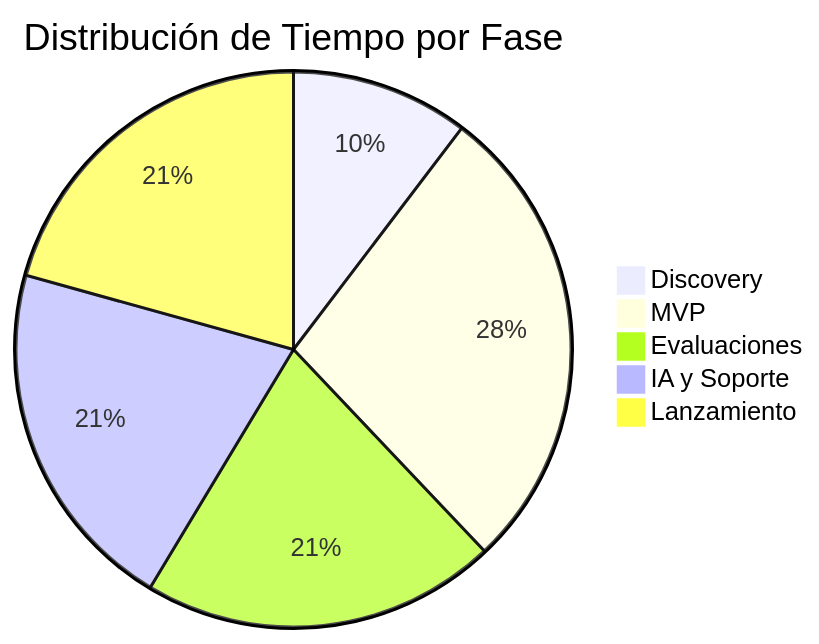
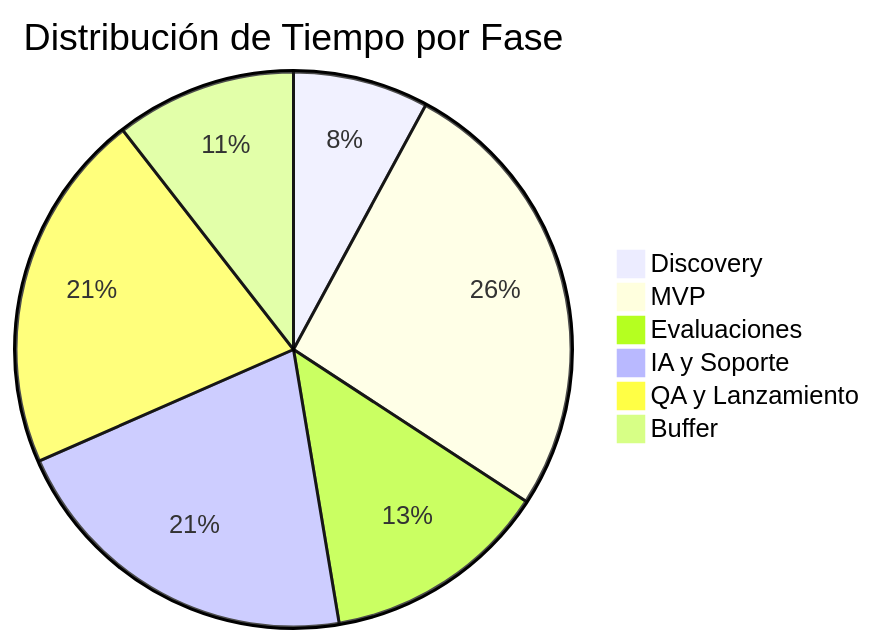
The eighth of 8 diagrams in roadmap.md (erikaluciafuertes/Project-Proposals), drawn with Mermaid before and after one commit. The commit also changed other lines of this file, not shown here.

Commit message:
refinamiento del roadmap con mayor detalle por fase y criterios de éxito

````diff
--- a/roadmap.md
+++ b/roadmap.md
@@ -220,8 +270,9 @@
 ```mermaid
 pie title Distribución de Tiempo por Fase
     "Discovery" : 1.5
-    "MVP" : 4
-    "Evaluaciones" : 3
-    "IA y Soporte" : 3
-    "Lanzamiento" : 3
+    "MVP" : 5
+    "Evaluaciones" : 2.5
+    "IA y Soporte" : 4
+    "QA y Lanzamiento" : 4
+    "Buffer" : 2
 ```
````
